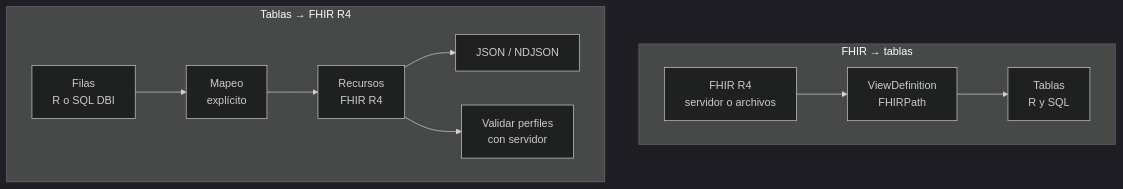
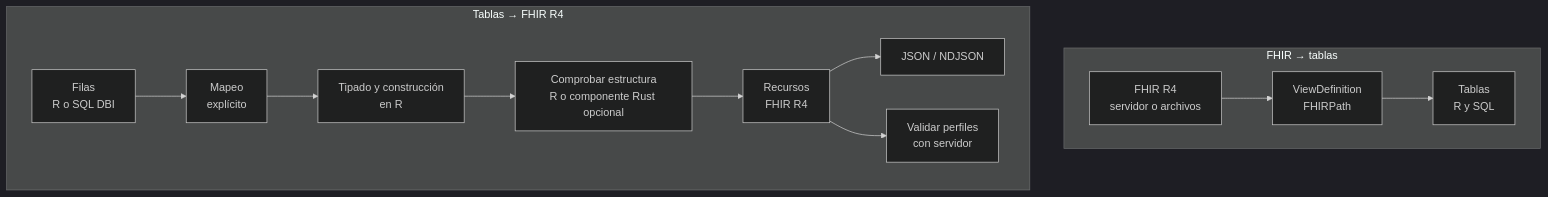
One commit to f-slg/fhirviews changed the first of 10 diagrams in README.md. Above: the diagram before and after it, drawn with Mermaid (dark theme). The commit also changed other lines of this file and 41 other files, not shown here.

````diff
--- a/README.md
+++ b/README.md
@@ -40,17 +41,19 @@
 ```mermaid
 flowchart TB
     accTitle: Recorridos de fhirviews con FHIR R4
     accDescr: Una vista extrae tablas de recursos FHIR. Otro recorrido construye recursos R4 desde filas mediante un mapeo explicito, conserva decimales y permite validar perfiles.
     subgraph LECTURA["FHIR → tablas"]
         direction LR
         FHIR["FHIR R4<br/>servidor o archivos"] --> VIEW["ViewDefinition<br/>FHIRPath"]
         VIEW --> TABLE["Tablas<br/>R y SQL"]
     end
     subgraph CONSTRUCCION["Tablas → FHIR R4"]
         direction LR
         ROWS["Filas<br/>R o SQL DBI"] --> MAP["Mapeo<br/>explícito"]
-        MAP --> R4["Recursos<br/>FHIR R4"]
+        MAP --> BUILD["Tipado y construcción<br/>en R"]
+        BUILD --> CHECK["Comprobar estructura<br/>R o componente Rust opcional"]
+        CHECK --> R4["Recursos<br/>FHIR R4"]
         R4 --> OUT["JSON / NDJSON"]
         R4 --> PROFILE["Validar perfiles<br/>con servidor"]
     end
 ```
````
